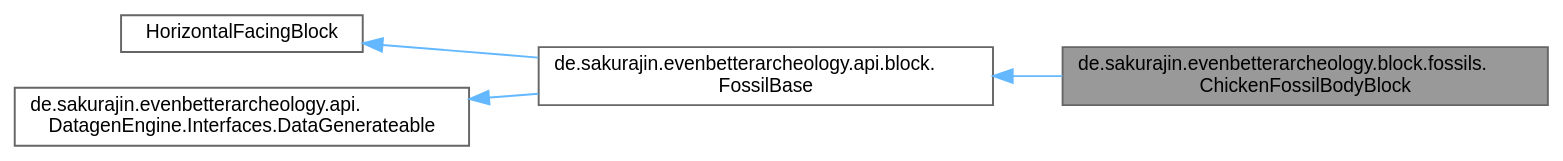
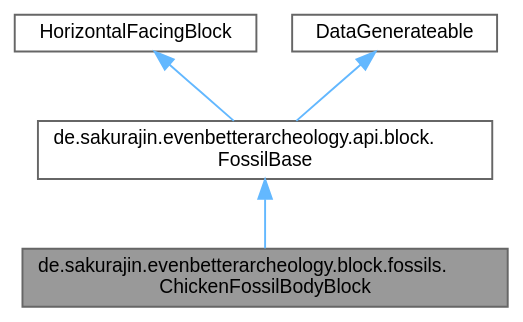
Before and after one commit to noah1510/EvenBetterArcheology: the diagram in classde_1_1sakurajin_1_1evenbetterarcheology_1_1block_1_1fossils_1_1ChickenFossilBodyBlock__inherit__graph.dot, drawn with Graphviz. The commit also changed 425 other files, not shown here.

```diff
--- a/classde_1_1sakurajin_1_1evenbetterarcheology_1_1block_1_1fossils_1_1ChickenFossilBodyBlock__inherit__graph.dot
+++ b/classde_1_1sakurajin_1_1evenbetterarcheology_1_1block_1_1fossils_1_1ChickenFossilBodyBlock__inherit__graph.dot
@@ -1,15 +1,14 @@
 digraph "de.sakurajin.evenbetterarcheology.block.fossils.ChickenFossilBodyBlock"
 {
  // LATEX_PDF_SIZE
   bgcolor="transparent";
   edge [fontname=Helvetica,fontsize=10,labelfontname=Helvetica,labelfontsize=10];
   node [fontname=Helvetica,fontsize=10,shape=box,height=0.2,width=0.4];
-  rankdir="LR";
   Node1 [label="de.sakurajin.evenbetterarcheology.block.fossils.\lChickenFossilBodyBlock",height=0.2,width=0.4,color="gray40", fillcolor="grey60", style="filled", fontcolor="black",tooltip=" "];
   Node2 -> Node1 [dir="back",color="steelblue1",style="solid"];
   Node2 [label="de.sakurajin.evenbetterarcheology.api.block.\lFossilBase",height=0.2,width=0.4,color="gray40", fillcolor="white", style="filled",URL="$classde_1_1sakurajin_1_1evenbetterarcheology_1_1api_1_1block_1_1FossilBase.html",tooltip=" "];
   Node3 -> Node2 [dir="back",color="steelblue1",style="solid"];
   Node3 [label="HorizontalFacingBlock",height=0.2,width=0.4,color="gray40", fillcolor="white", style="filled",tooltip=" "];
   Node4 -> Node2 [dir="back",color="steelblue1",style="solid"];
-  Node4 [label="de.sakurajin.evenbetterarcheology.api.\lDatagenEngine.Interfaces.DataGenerateable",height=0.2,width=0.4,color="gray40", fillcolor="white", style="filled",URL="$interfacede_1_1sakurajin_1_1evenbetterarcheology_1_1api_1_1DatagenEngine_1_1Interfaces_1_1DataGenerateable.html",tooltip=" "];
+  Node4 [label="DataGenerateable",height=0.2,width=0.4,color="gray40", fillcolor="white", style="filled",tooltip=" "];
 }
```
